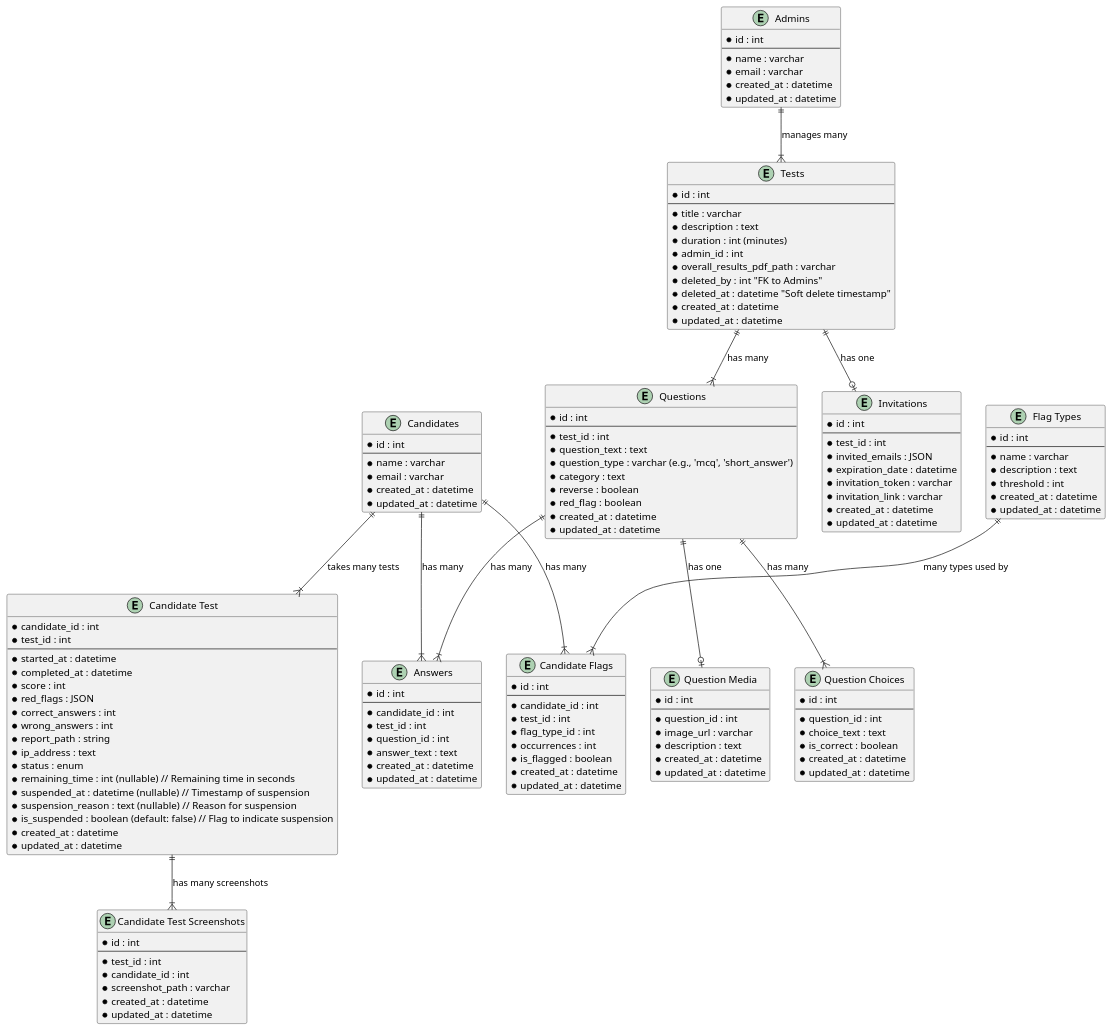
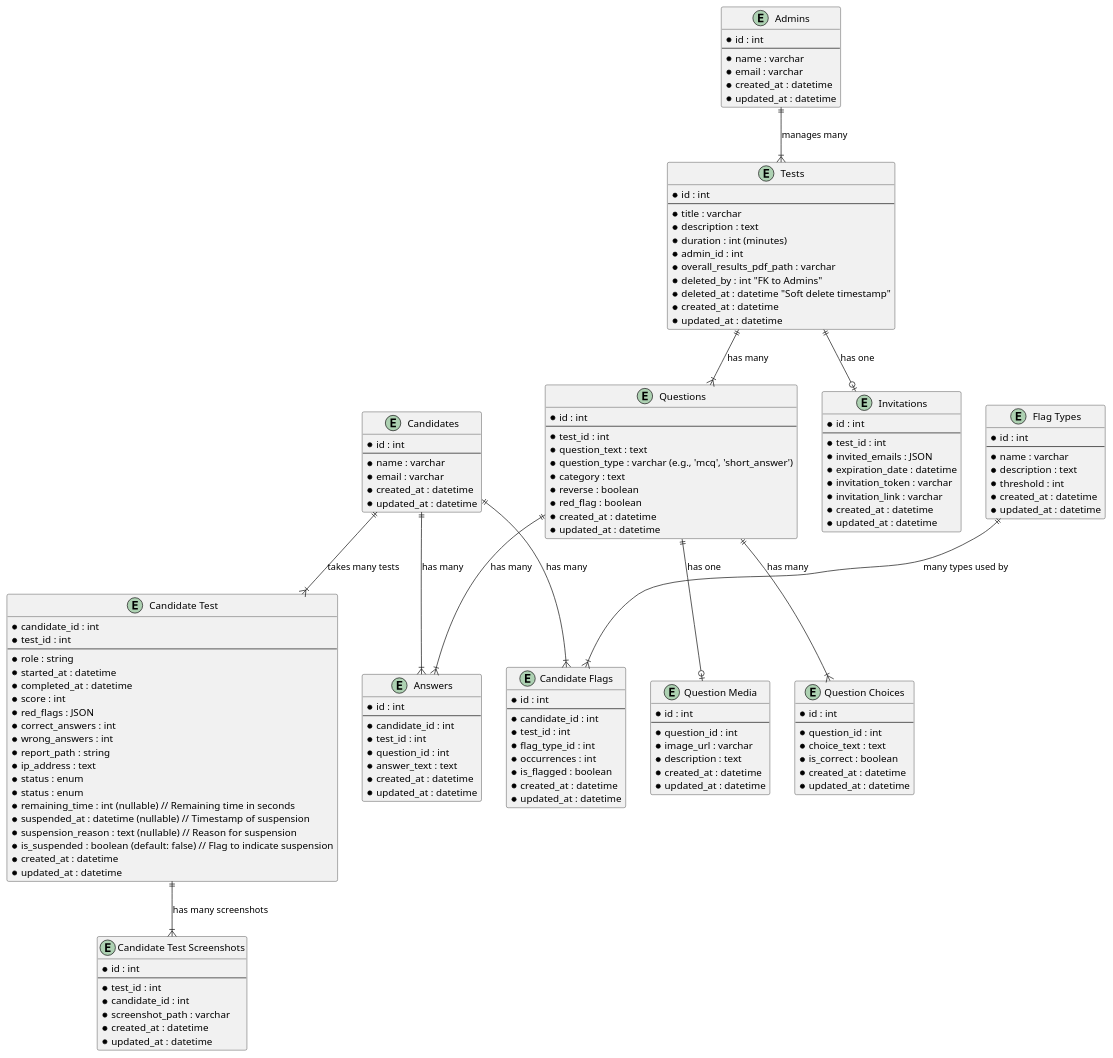
Before and after one commit to milelecars/MileleSkillSage: the diagram in storage/plantuml/db_diagram.puml, drawn with PlantUML. The commit also changed 14 other files, not shown here.

```diff
--- a/storage/plantuml/db_diagram.puml
+++ b/storage/plantuml/db_diagram.puml
@@ -1,159 +1,161 @@
 @startuml "Milele SkillSage"
 
 
 entity "Candidates" {
   * id : int
   --
   * name : varchar
   * email : varchar
   * created_at : datetime
   * updated_at : datetime
 }
 
 entity "Tests" {
   * id : int
   --
   * title : varchar
   * description : text
   * duration : int (minutes)
   * admin_id : int
   * overall_results_pdf_path : varchar
   * deleted_by : int "FK to Admins"
   * deleted_at : datetime "Soft delete timestamp"
   * created_at : datetime
   * updated_at : datetime
 }
 
 entity "Candidate Test" {
   * candidate_id : int
   * test_id : int
   --
+  * role : string
   * started_at : datetime
   * completed_at : datetime
   * score : int
   * red_flags : JSON 
   * correct_answers : int 
   * wrong_answers : int 
   * report_path : string
   * ip_address : text
+  * status : enum
   * status : enum
   * remaining_time : int (nullable) // Remaining time in seconds
   * suspended_at : datetime (nullable) // Timestamp of suspension
   * suspension_reason : text (nullable) // Reason for suspension
   * is_suspended : boolean (default: false) // Flag to indicate suspension
   * created_at : datetime
   * updated_at : datetime
 }
 
 entity "Candidate Test Screenshots" {
   * id : int
   --
   * test_id : int
   * candidate_id : int
   * screenshot_path : varchar
   * created_at : datetime
   * updated_at : datetime
 }
 
 entity "Questions" {
   * id : int
   --
   * test_id : int
   * question_text : text
   * question_type : varchar (e.g., 'mcq', 'short_answer')
   * category : text
   * reverse : boolean
   * red_flag : boolean 
   * created_at : datetime
   * updated_at : datetime
 }
 
 entity "Question Choices" {
   * id : int
   --
   * question_id : int
   * choice_text : text
   * is_correct : boolean
   * created_at : datetime
   * updated_at : datetime
 }
 
 entity "Question Media" {
   * id : int
   --
   * question_id : int
   * image_url : varchar
   * description : text
   * created_at : datetime
   * updated_at : datetime
 }
 
 entity "Answers" {
   * id : int
   --
   * candidate_id : int
   * test_id : int
   * question_id : int
   * answer_text : text
   * created_at : datetime
   * updated_at : datetime
 }
 
 entity "Admins" {
   * id : int
   --
   * name : varchar
   * email : varchar
   * created_at : datetime
   * updated_at : datetime
 }
 
 entity "Flag Types" {
   * id : int
   --
   * name : varchar
   * description : text
   * threshold : int
   * created_at : datetime
   * updated_at : datetime
 }
 
 entity "Candidate Flags" {
   * id : int
   --
   * candidate_id : int
   * test_id : int
   * flag_type_id : int
   * occurrences : int
   * is_flagged : boolean
   * created_at : datetime
   * updated_at : datetime
 }
 
 entity "Invitations" {
   * id : int
   --
   * test_id : int
   * invited_emails : JSON
   * expiration_date : datetime
   * invitation_token : varchar
   * invitation_link : varchar
   * created_at : datetime 
   * updated_at : datetime
 }
 
 ' Relationships
 "Candidates" ||--|{ "Answers" : has many
 "Candidates" ||--|{ "Candidate Flags" : has many
 "Candidates" ||--|{ "Candidate Test" : takes many tests
 "Tests" ||--|{ "Questions" : has many
 "Tests" ||--o| "Invitations" : has one
 "Questions" ||--|{ "Question Choices" : has many
 "Questions" ||--o| "Question Media" : has one
 "Questions" ||--|{ "Answers" : has many  
 "Flag Types" ||--|{ "Candidate Flags" : many types used by
 "Admins" ||--|{ "Tests" : manages many
 "Candidate Test" ||--|{ "Candidate Test Screenshots" : "has many screenshots"
 
 
 @enduml
```
